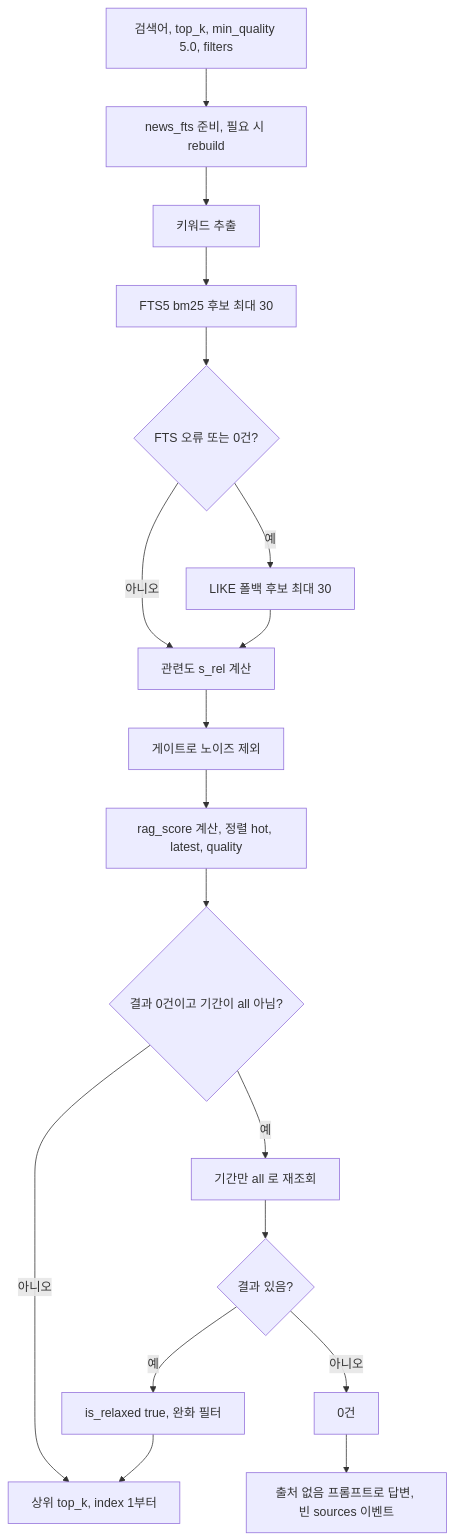
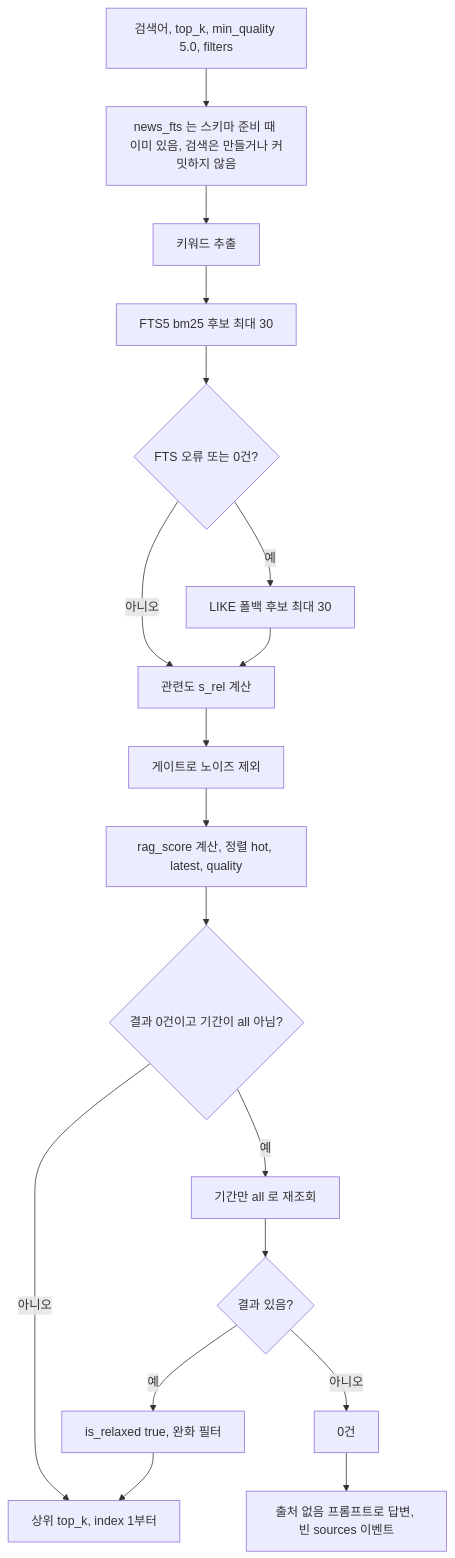
One commit to ozplayground/agent-lens changed diagram 12 of 27 in docs/spec-writer/fsd/02_AI_CHAT_SPECIFICATION.md. Above: the diagram before and after it, drawn with Mermaid. The commit also changed other lines of this file and 216 other files, not shown here.

````diff
--- a/docs/spec-writer/fsd/02_AI_CHAT_SPECIFICATION.md
+++ b/docs/spec-writer/fsd/02_AI_CHAT_SPECIFICATION.md
@@ -947,20 +979,20 @@
 ```mermaid
 flowchart TD
-    A["검색어, top_k, min_quality 5.0, filters"] --> B["news_fts 준비, 필요 시 rebuild"]
+    A["검색어, top_k, min_quality 5.0, filters"] --> B["news_fts 는 스키마 준비 때 이미 있음, 검색은 만들거나 커밋하지 않음"]
     B --> C["키워드 추출"]
     C --> D["FTS5 bm25 후보 최대 30"]
     D --> E{"FTS 오류 또는 0건?"}
     E -->|예| F["LIKE 폴백 후보 최대 30"]
     E -->|아니오| G["관련도 s_rel 계산"]
     F --> G
     G --> H["게이트로 노이즈 제외"]
     H --> I["rag_score 계산, 정렬 hot, latest, quality"]
     I --> J{"결과 0건이고 기간이 all 아님?"}
     J -->|예| K["기간만 all 로 재조회"]
     K --> L{"결과 있음?"}
     L -->|예| M["is_relaxed true, 완화 필터"]
     L -->|아니오| N["0건"]
     J -->|아니오| O["상위 top_k, index 1부터"]
     M --> O
     N --> P["출처 없음 프롬프트로 답변, 빈 sources 이벤트"]
 ```
````
